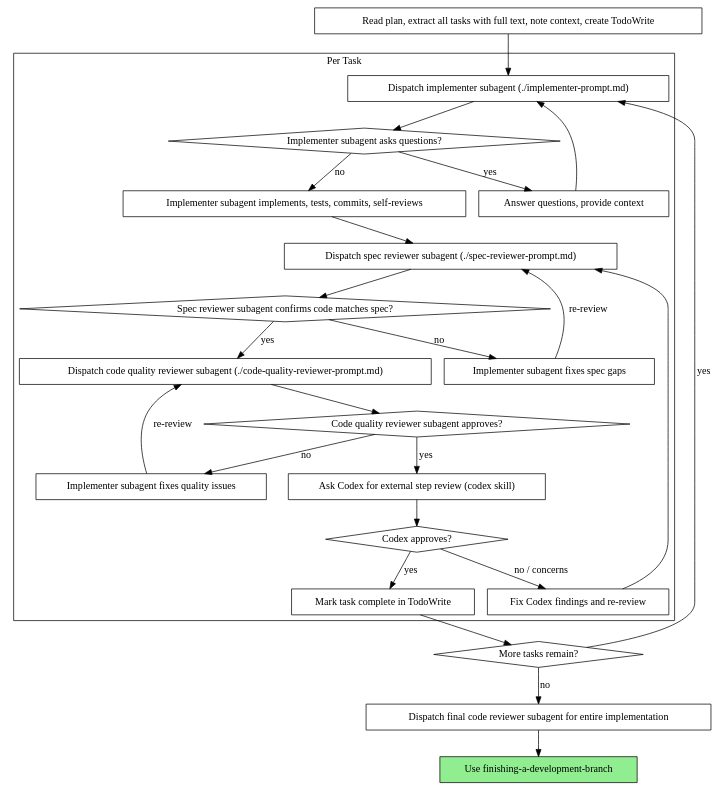
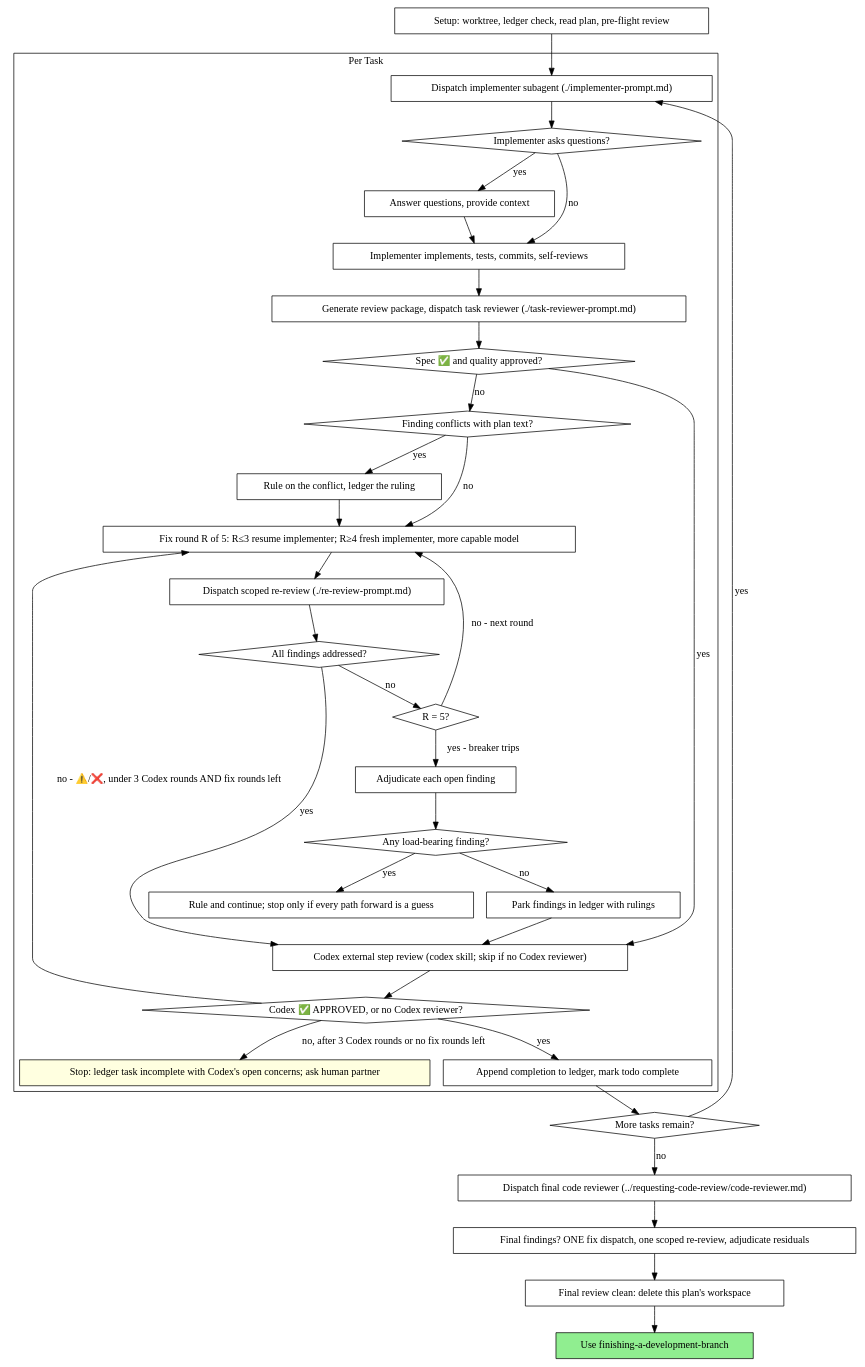
The second of 2 diagrams in claude/skills/subagent-driven-development/SKILL.md (79yuuki/dotfiles), drawn with Graphviz before and after one commit. The commit also changed other lines of this file and 29 other files, not shown here.

````diff
--- a/claude/skills/subagent-driven-development/SKILL.md
+++ b/claude/skills/subagent-driven-development/SKILL.md
@@ -45,51 +62,69 @@
 ```dot
 digraph process {
     rankdir=TB;
 
     subgraph cluster_per_task {
         label="Per Task";
         "Dispatch implementer subagent (./implementer-prompt.md)" [shape=box];
-        "Implementer subagent asks questions?" [shape=diamond];
+        "Implementer asks questions?" [shape=diamond];
         "Answer questions, provide context" [shape=box];
-        "Implementer subagent implements, tests, commits, self-reviews" [shape=box];
-        "Dispatch spec reviewer subagent (./spec-reviewer-prompt.md)" [shape=box];
-        "Spec reviewer subagent confirms code matches spec?" [shape=diamond];
-        "Implementer subagent fixes spec gaps" [shape=box];
-        "Dispatch code quality reviewer subagent (./code-quality-reviewer-prompt.md)" [shape=box];
-        "Code quality reviewer subagent approves?" [shape=diamond];
-        "Implementer subagent fixes quality issues" [shape=box];
-        "Ask Codex for external step review (codex skill)" [shape=box];
-        "Codex approves?" [shape=diamond];
-        "Fix Codex findings and re-review" [shape=box];
-        "Mark task complete in TodoWrite" [shape=box];
+        "Implementer implements, tests, commits, self-reviews" [shape=box];
+        "Generate review package, dispatch task reviewer (./task-reviewer-prompt.md)" [shape=box];
+        "Spec ✅ and quality approved?" [shape=diamond];
+        "Finding conflicts with plan text?" [shape=diamond];
+        "Rule on the conflict, ledger the ruling" [shape=box];
+        "Fix round R of 5: R≤3 resume implementer; R≥4 fresh implementer, more capable model" [shape=box];
+        "Dispatch scoped re-review (./re-review-prompt.md)" [shape=box];
+        "All findings addressed?" [shape=diamond];
+        "R = 5?" [shape=diamond];
+        "Adjudicate each open finding" [shape=box];
+        "Any load-bearing finding?" [shape=diamond];
+        "Rule and continue; stop only if every path forward is a guess" [shape=box];
+        "Park findings in ledger with rulings" [shape=box];
+        "Codex external step review (codex skill; skip if no Codex reviewer)" [shape=box];
+        "Codex ✅ APPROVED, or no Codex reviewer?" [shape=diamond];
+        "Stop: ledger task incomplete with Codex's open concerns; ask human partner" [shape=box style=filled fillcolor=lightyellow];
+        "Append completion to ledger, mark todo complete" [shape=box];
     }
 
-    "Read plan, extract all tasks with full text, note context, create TodoWrite" [shape=box];
+    "Setup: worktree, ledger check, read plan, pre-flight review" [shape=box];
     "More tasks remain?" [shape=diamond];
-    "Dispatch final code reviewer subagent for entire implementation" [shape=box];
+    "Dispatch final code reviewer (../requesting-code-review/code-reviewer.md)" [shape=box];
+    "Final findings? ONE fix dispatch, one scoped re-review, adjudicate residuals" [shape=box];
+    "Final review clean: delete this plan's workspace" [shape=box];
     "Use finishing-a-development-branch" [shape=box style=filled fillcolor=lightgreen];
 
-    "Read plan, extract all tasks with full text, note context, create TodoWrite" -> "Dispatch implementer subagent (./implementer-prompt.md)";
-    "Dispatch implementer subagent (./implementer-prompt.md)" -> "Implementer subagent asks questions?";
-    "Implementer subagent asks questions?" -> "Answer questions, provide context" [label="yes"];
-    "Answer questions, provide context" -> "Dispatch implementer subagent (./implementer-prompt.md)";
-    "Implementer subagent asks questions?" -> "Implementer subagent implements, tests, commits, self-reviews" [label="no"];
-    "Implementer subagent implements, tests, commits, self-reviews" -> "Dispatch spec reviewer subagent (./spec-reviewer-prompt.md)";
-    "Dispatch spec reviewer subagent (./spec-reviewer-prompt.md)" -> "Spec reviewer subagent confirms code matches spec?";
-    "Spec reviewer subagent confirms code matches spec?" -> "Implementer subagent fixes spec gaps" [label="no"];
-    "Implementer subagent fixes spec gaps" -> "Dispatch spec reviewer subagent (./spec-reviewer-prompt.md)" [label="re-review"];
-    "Spec reviewer subagent confirms code matches spec?" -> "Dispatch code quality reviewer subagent (./code-quality-reviewer-prompt.md)" [label="yes"];
-    "Dispatch code quality reviewer subagent (./code-quality-reviewer-prompt.md)" -> "Code quality reviewer subagent approves?";
-    "Code quality reviewer subagent approves?" -> "Implementer subagent fixes quality issues" [label="no"];
-    "Implementer subagent fixes quality issues" -> "Dispatch code quality reviewer subagent (./code-quality-reviewer-prompt.md)" [label="re-review"];
-    "Code quality reviewer subagent approves?" -> "Ask Codex for external step review (codex skill)" [label="yes"];
-    "Ask Codex for external step review (codex skill)" -> "Codex approves?";
-    "Codex approves?" -> "Fix Codex findings and re-review" [label="no / concerns"];
-    "Fix Codex findings and re-review" -> "Dispatch spec reviewer subagent (./spec-reviewer-prompt.md)";
-    "Codex approves?" -> "Mark task complete in TodoWrite" [label="yes"];
-    "Mark task complete in TodoWrite" -> "More tasks remain?";
+    "Setup: worktree, ledger check, read plan, pre-flight review" -> "Dispatch implementer subagent (./implementer-prompt.md)";
+    "Dispatch implementer subagent (./implementer-prompt.md)" -> "Implementer asks questions?";
+    "Implementer asks questions?" -> "Answer questions, provide context" [label="yes"];
+    "Answer questions, provide context" -> "Implementer implements, tests, commits, self-reviews";
+    "Implementer asks questions?" -> "Implementer implements, tests, commits, self-reviews" [label="no"];
+    "Implementer implements, tests, commits, self-reviews" -> "Generate review package, dispatch task reviewer (./task-reviewer-prompt.md)";
+    "Generate review package, dispatch task reviewer (./task-reviewer-prompt.md)" -> "Spec ✅ and quality approved?";
+    "Spec ✅ and quality approved?" -> "Codex external step review (codex skill; skip if no Codex reviewer)" [label="yes"];
+    "Spec ✅ and quality approved?" -> "Finding conflicts with plan text?" [label="no"];
+    "Finding conflicts with plan text?" -> "Rule on the conflict, ledger the ruling" [label="yes"];
+    "Rule on the conflict, ledger the ruling" -> "Fix round R of 5: R≤3 resume implementer; R≥4 fresh implementer, more capable model";
+    "Finding conflicts with plan text?" -> "Fix round R of 5: R≤3 resume implementer; R≥4 fresh implementer, more capable model" [label="no"];
+    "Fix round R of 5: R≤3 resume implementer; R≥4 fresh implementer, more capable model" -> "Dispatch scoped re-review (./re-review-prompt.md)";
+    "Dispatch scoped re-review (./re-review-prompt.md)" -> "All findings addressed?";
+    "All findings addressed?" -> "Codex external step review (codex skill; skip if no Codex reviewer)" [label="yes"];
+    "All findings addressed?" -> "R = 5?" [label="no"];
+    "R = 5?" -> "Fix round R of 5: R≤3 resume implementer; R≥4 fresh implementer, more capable model" [label="no - next round"];
+    "R = 5?" -> "Adjudicate each open finding" [label="yes - breaker trips"];
+    "Adjudicate each open finding" -> "Any load-bearing finding?";
+    "Any load-bearing finding?" -> "Rule and continue; stop only if every path forward is a guess" [label="yes"];
+    "Any load-bearing finding?" -> "Park findings in ledger with rulings" [label="no"];
+    "Park findings in ledger with rulings" -> "Codex external step review (codex skill; skip if no Codex reviewer)";
+    "Codex external step review (codex skill; skip if no Codex reviewer)" -> "Codex ✅ APPROVED, or no Codex reviewer?";
+    "Codex ✅ APPROVED, or no Codex reviewer?" -> "Append completion to ledger, mark todo complete" [label="yes"];
+    "Codex ✅ APPROVED, or no Codex reviewer?" -> "Fix round R of 5: R≤3 resume implementer; R≥4 fresh implementer, more capable model" [label="no - ⚠️/❌, under 3 Codex rounds AND fix rounds left"];
+    "Codex ✅ APPROVED, or no Codex reviewer?" -> "Stop: ledger task incomplete with Codex's open concerns; ask human partner" [label="no, after 3 Codex rounds or no fix rounds left"];
+    "Append completion to ledger, mark todo complete" -> "More tasks remain?";
     "More tasks remain?" -> "Dispatch implementer subagent (./implementer-prompt.md)" [label="yes"];
-    "More tasks remain?" -> "Dispatch final code reviewer subagent for entire implementation" [label="no"];
-    "Dispatch final code reviewer subagent for entire implementation" -> "Use finishing-a-development-branch";
+    "More tasks remain?" -> "Dispatch final code reviewer (../requesting-code-review/code-reviewer.md)" [label="no"];
+    "Dispatch final code reviewer (../requesting-code-review/code-reviewer.md)" -> "Final findings? ONE fix dispatch, one scoped re-review, adjudicate residuals";
+    "Final findings? ONE fix dispatch, one scoped re-review, adjudicate residuals" -> "Final review clean: delete this plan's workspace";
+    "Final review clean: delete this plan's workspace" -> "Use finishing-a-development-branch";
 }
 ```
````
